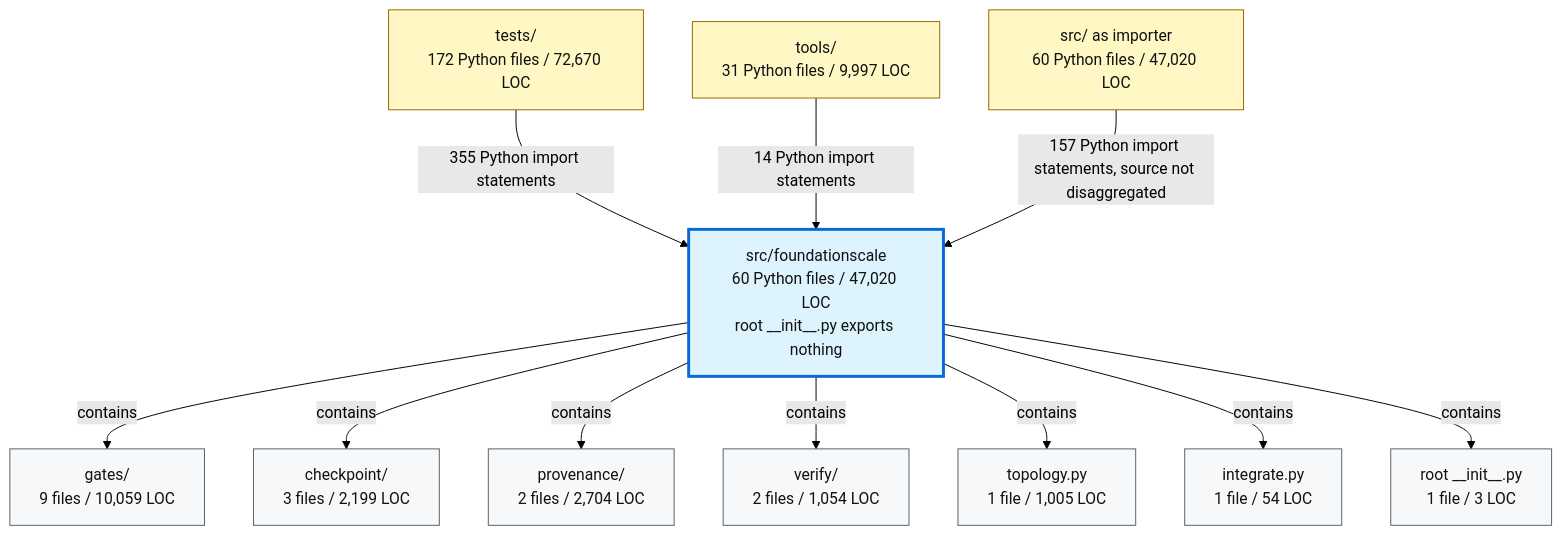
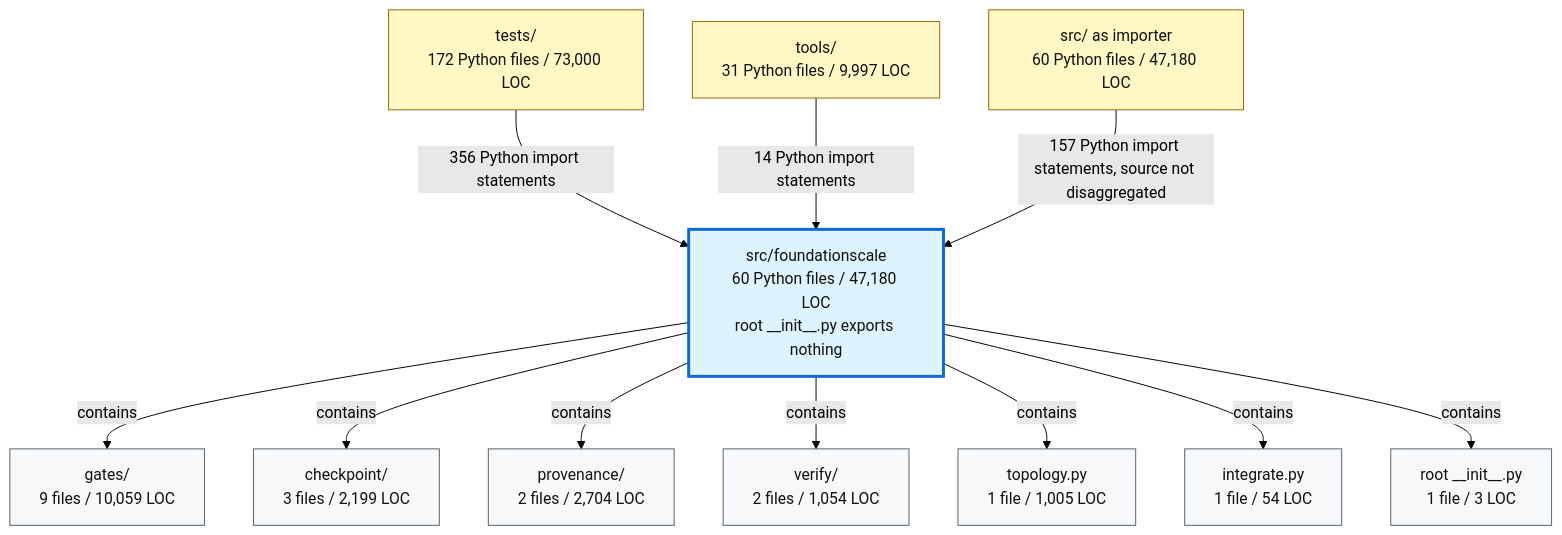
One commit to TranNhiem/FoundationScale changed the second of 2 diagrams in docs/review/D2_current_architecture.md. Above: the diagram before and after it, drawn with Mermaid (forest theme). The commit also changed other lines of this file and 14 other files, not shown here.

````diff
--- a/docs/review/D2_current_architecture.md
+++ b/docs/review/D2_current_architecture.md
@@ -97,36 +97,36 @@
 ```mermaid
 flowchart TB
-  TESTS["tests/<br/>172 Python files / 72,670 LOC"]
+  TESTS["tests/<br/>172 Python files / 73,000 LOC"]
   TOOLS["tools/<br/>31 Python files / 9,997 LOC"]
-  SRC["src/ as importer<br/>60 Python files / 47,020 LOC"]
+  SRC["src/ as importer<br/>60 Python files / 47,180 LOC"]
 
-  FS["src/foundationscale<br/>60 Python files / 47,020 LOC<br/>root __init__.py exports nothing"]
+  FS["src/foundationscale<br/>60 Python files / 47,180 LOC<br/>root __init__.py exports nothing"]
 
   GATES["gates/<br/>9 files / 10,059 LOC"]
   CKPT["checkpoint/<br/>3 files / 2,199 LOC"]
   PROV["provenance/<br/>2 files / 2,704 LOC"]
   VERIFY["verify/<br/>2 files / 1,054 LOC"]
   TOPO["topology.py<br/>1 file / 1,005 LOC"]
   INTEG["integrate.py<br/>1 file / 54 LOC"]
   ROOT["root __init__.py<br/>1 file / 3 LOC"]
 
-  TESTS -->|"355 Python import statements"| FS
+  TESTS -->|"356 Python import statements"| FS
   TOOLS -->|"14 Python import statements"| FS
   SRC -->|"157 Python import statements, source not disaggregated"| FS
 
   FS -->|"contains"| GATES
   FS -->|"contains"| CKPT
   FS -->|"contains"| PROV
   FS -->|"contains"| VERIFY
   FS -->|"contains"| TOPO
   FS -->|"contains"| INTEG
   FS -->|"contains"| ROOT
 
   classDef consumer fill:#fff8c5,stroke:#9a6700,color:#111;
   classDef package fill:#ddf4ff,stroke:#0969da,stroke-width:3px,color:#111;
   classDef module fill:#f6f8fa,stroke:#57606a,color:#111;
 
   class TESTS,TOOLS,SRC consumer;
   class FS package;
   class GATES,CKPT,PROV,VERIFY,TOPO,INTEG,ROOT module;
 ```
````
